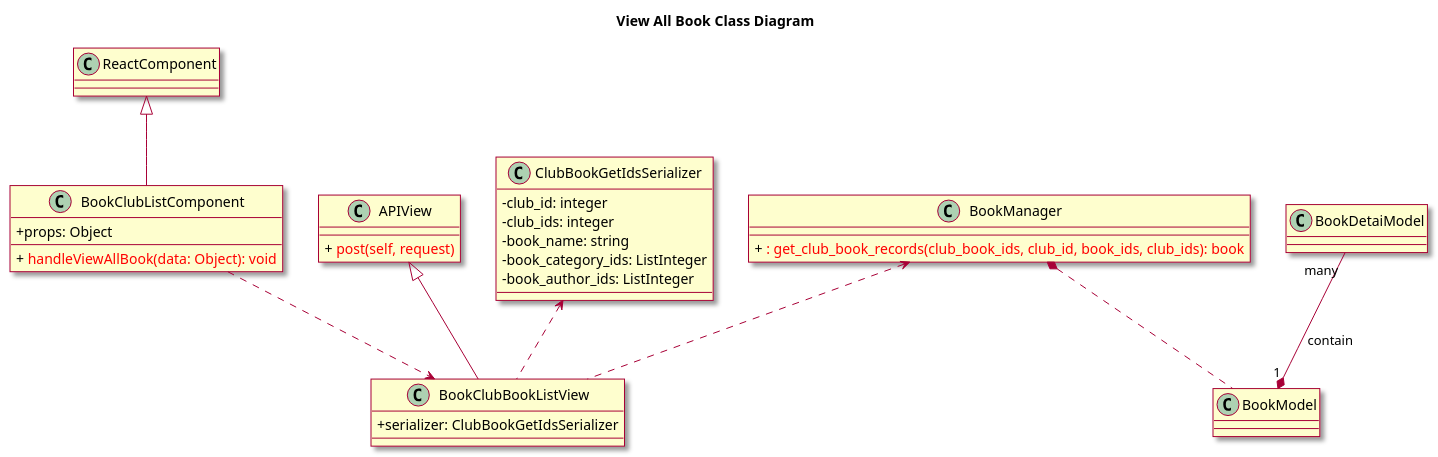
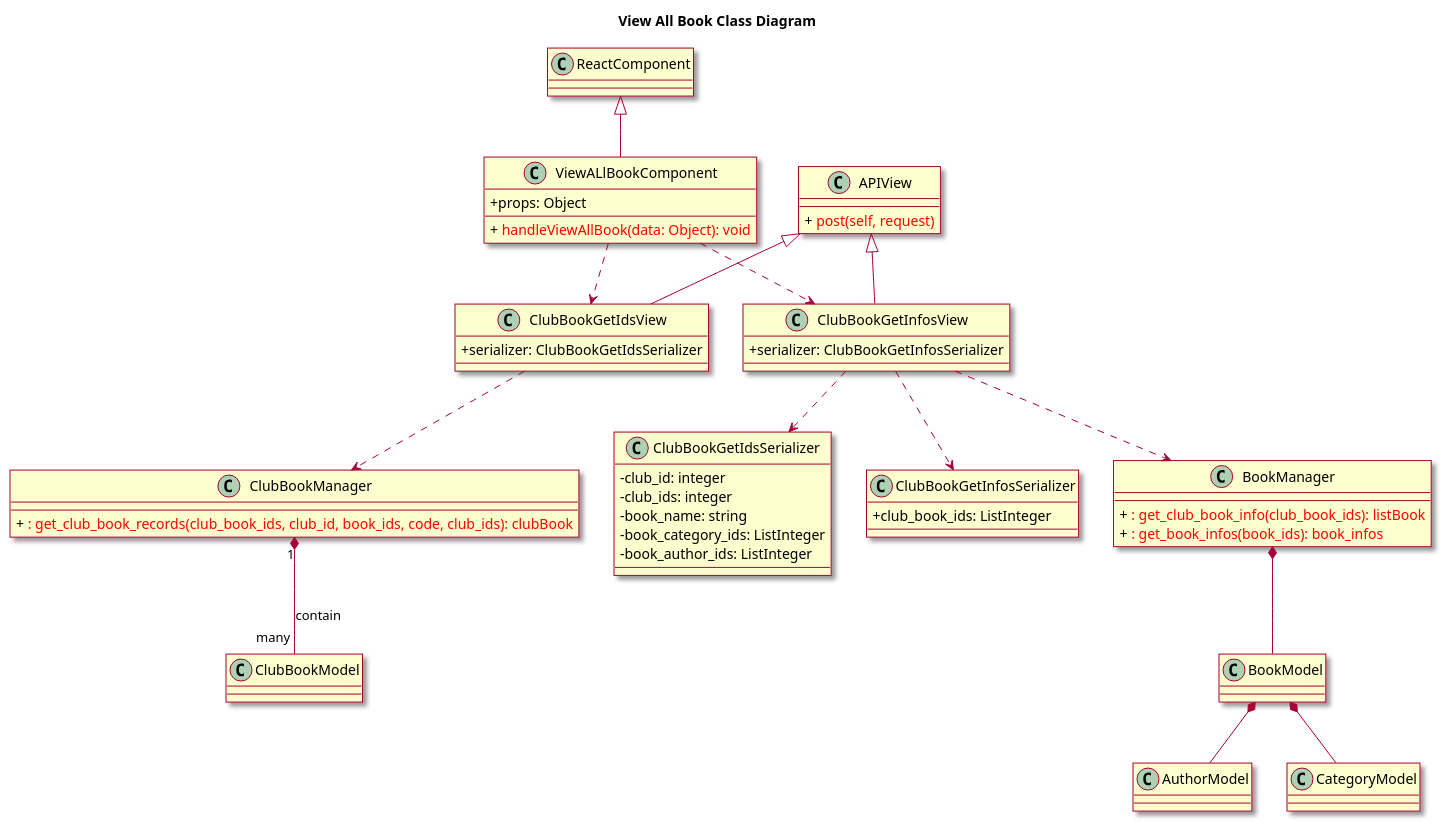
The diagram in uml/005-class-view-all-books.wsd (ljttl3q04t/Book-Over-There), drawn with PlantUML before and after one commit. The commit also changed 3 other files, not shown here.

```diff
--- a/uml/005-class-view-all-books.wsd
+++ b/uml/005-class-view-all-books.wsd
@@ -1,43 +1,67 @@
-@startuml
+@startuml ViewALlBook_ClassDiagram
 skin rose
 skinparam classAttributeIconSize 0
 
 title View All Book Class Diagram
 class ReactComponent
 
-class BookClubListComponent {
-    + props: Object
+class ViewALlBookComponent {
+	+ props: Object
 	+ {method} <color:red> handleViewAllBook(data: Object): void
-}
-
-class BookClubBookListView {
-	+ serializer: ClubBookGetIdsSerializer
 }
 
 class APIView {
 	+ {method} <color:red> post(self, request)
+}
+
+class ClubBookGetIdsView {
+	+ serializer: ClubBookGetIdsSerializer
 }
 
 class ClubBookGetIdsSerializer {
     - club_id: integer
     - club_ids: integer
     - book_name: string
     - book_category_ids: ListInteger 
     - book_author_ids: ListInteger
 }
 
-class BookManager{
-    + {method} <color:red> : get_club_book_records(club_book_ids, club_id, book_ids, club_ids): book
+class ClubBookGetInfosView {
+    + serializer: ClubBookGetInfosSerializer
+}
+
+class ClubBookGetInfosSerializer {
+    + club_book_ids: ListInteger
+}
+
+class BookManager {
+	+ {method} <color:red> : get_club_book_info(club_book_ids): listBook
+    + {method} <color:red> : get_book_infos(book_ids): book_infos
+}
+
+class ClubBookManager {
+    + {method} <color:red> : get_club_book_records(club_book_ids, club_id, book_ids, code, club_ids): clubBook
 }
 
 class BookModel 
-class BookDetaiModel
 
-ReactComponent <|-- BookClubListComponent
-BookClubListComponent ..> BookClubBookListView
-APIView <|-- BookClubBookListView
-ClubBookGetIdsSerializer <.. BookClubBookListView
-BookManager <.. BookClubBookListView
-BookManager *.. BookModel
-BookDetaiModel "many" --* "1"BookModel :contain
+class ClubBookModel
+
+class AuthorModel
+
+class CategoryModel
+
+ReactComponent <|-- ViewALlBookComponent
+APIView <|-- ClubBookGetInfosView
+APIView <|-- ClubBookGetIdsView
+ViewALlBookComponent ..> ClubBookGetInfosView
+ViewALlBookComponent ..> ClubBookGetIdsView
+ClubBookGetIdsView ..> ClubBookManager
+ClubBookGetInfosView ..> ClubBookGetIdsSerializer
+ClubBookGetInfosView ..> BookManager
+ClubBookGetInfosView ..> ClubBookGetInfosSerializer
+ClubBookManager "1" *-- "many" ClubBookModel: contain
+BookManager *--  BookModel
+BookModel *-- AuthorModel
+BookModel *-- CategoryModel
 @enduml
```
